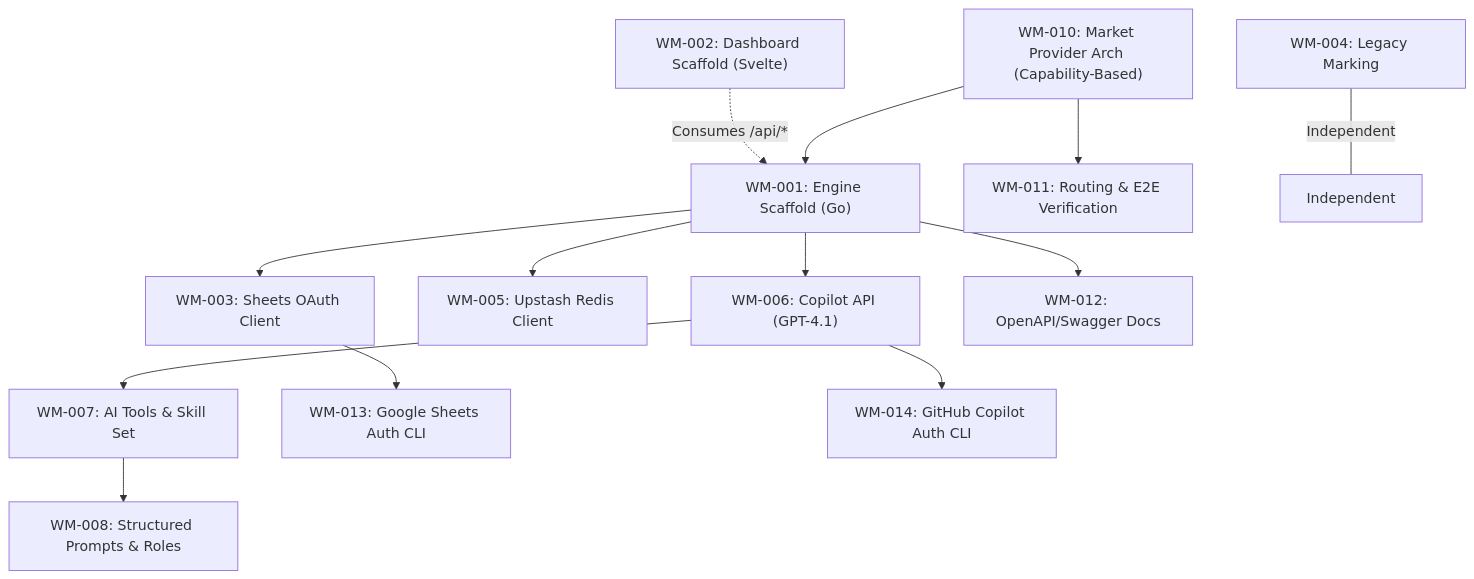
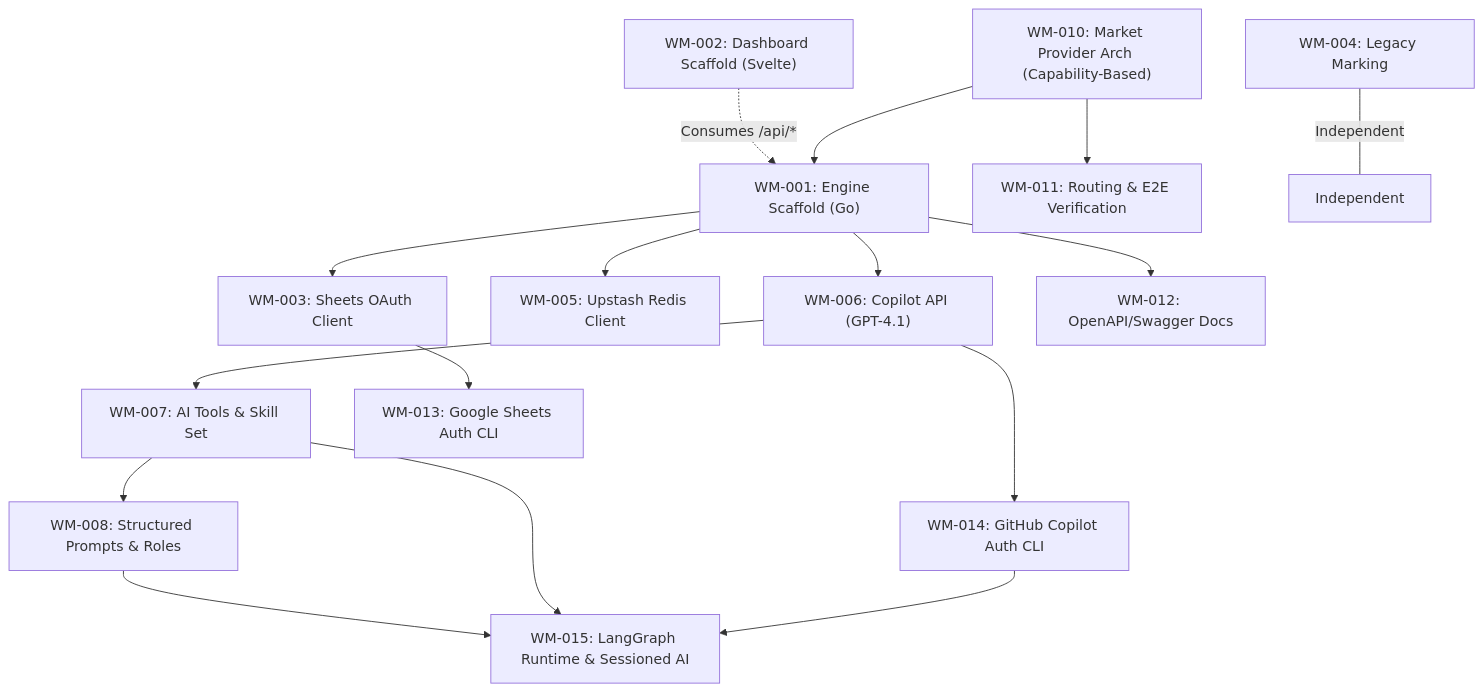
The diagram in docs/wealth-management/tasks/SPRINT_1/README.md (destngx/monorepo), drawn with Mermaid before and after one commit. The commit also changed other lines of this file and 70 other files, not shown here.

````diff
--- a/docs/wealth-management/tasks/SPRINT_1/README.md
+++ b/docs/wealth-management/tasks/SPRINT_1/README.md
@@ -12,20 +12,23 @@
 ```mermaid
 graph TD
     WM-001["WM-001: Engine Scaffold (Go)"] --> WM-003["WM-003: Sheets OAuth Client"]
     WM-001 --> WM-005["WM-005: Upstash Redis Client"]
     WM-001 --> WM-006["WM-006: Copilot API (GPT-4.1)"]
 
     WM-006 --> WM-007["WM-007: AI Tools & Skill Set"]
     WM-007 --> WM-008["WM-008: Structured Prompts & Roles"]
 
     WM-002["WM-002: Dashboard Scaffold (Svelte)"] -.->|"Consumes /api/*"| WM-001
 
     WM-010["WM-010: Market Provider Arch (Capability-Based)"] --> WM-011["WM-011: Routing & E2E Verification"]
     WM-001 --> WM-012["WM-012: OpenAPI/Swagger Docs"]
     WM-010 --> WM-001
 
     WM-003 --> WM-013["WM-013: Google Sheets Auth CLI"]
     WM-006 --> WM-014["WM-014: GitHub Copilot Auth CLI"]
+    WM-008 --> WM-015["WM-015: LangGraph Runtime & Sessioned AI"]
+    WM-007 --> WM-015
+    WM-014 --> WM-015
 
     WM-004["WM-004: Legacy Marking"] ---|"Independent"| Independent[Independent]
 ```
````
